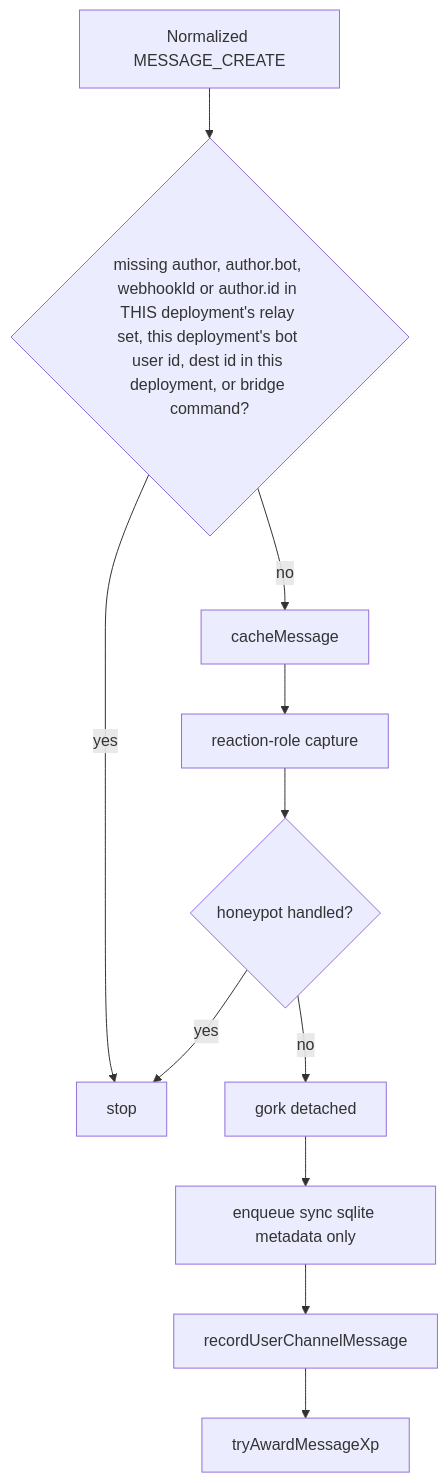
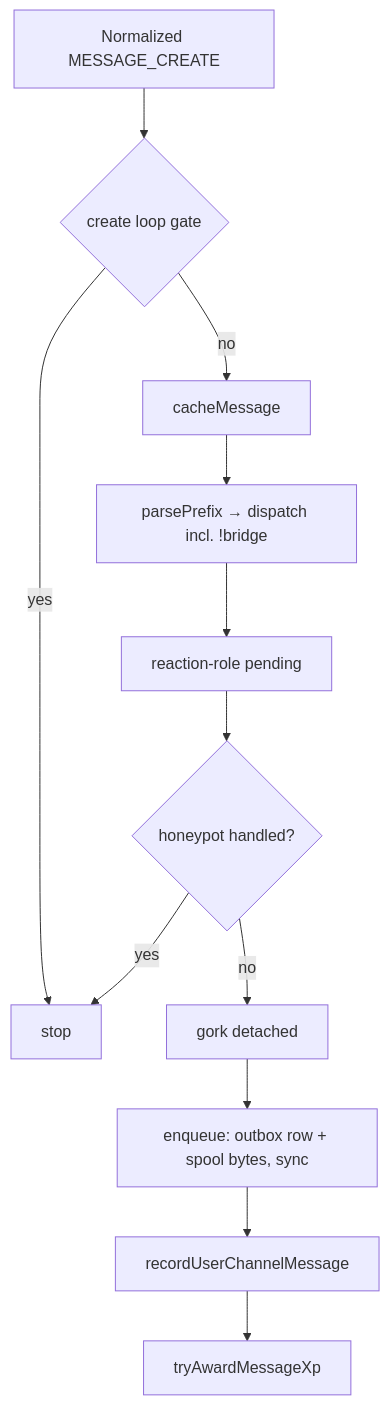
The second of 3 diagrams in roadmap/bridge.md (metalsp0rk/boiler-snake), drawn with Mermaid before and after one commit. The commit also changed other lines of this file and 2 other files, not shown here.

First line of the commit message:
docs(bridge): rework channel-bridge spec to v2, re-anchored to shipped adapter

````diff
--- a/roadmap/bridge.md
+++ b/roadmap/bridge.md
@@ -332,18 +375,19 @@
 ```mermaid
 flowchart TD
   msg[Normalized MESSAGE_CREATE]
-  gate{missing author, author.bot, webhookId or author.id in THIS deployment's relay set, this deployment's bot user id, dest id in this deployment, or bridge command?}
+  gate{create loop gate}
   cache[cacheMessage]
-  rr[reaction-role capture]
+  pp[parsePrefix → dispatch incl. !bridge]
+  rr[reaction-role pending]
   hp{honeypot handled?}
   gork[gork detached]
-  br[enqueue sync sqlite metadata only]
+  br[enqueue: outbox row + spool bytes, sync]
   act[recordUserChannelMessage]
   xp[tryAwardMessageXp]
   drop[stop]
   msg --> gate
   gate -->|yes| drop
-  gate -->|no| cache --> rr --> hp
+  gate -->|no| cache --> pp --> rr --> hp
   hp -->|yes| drop
   hp -->|no| gork --> br --> act --> xp
 ```
````
